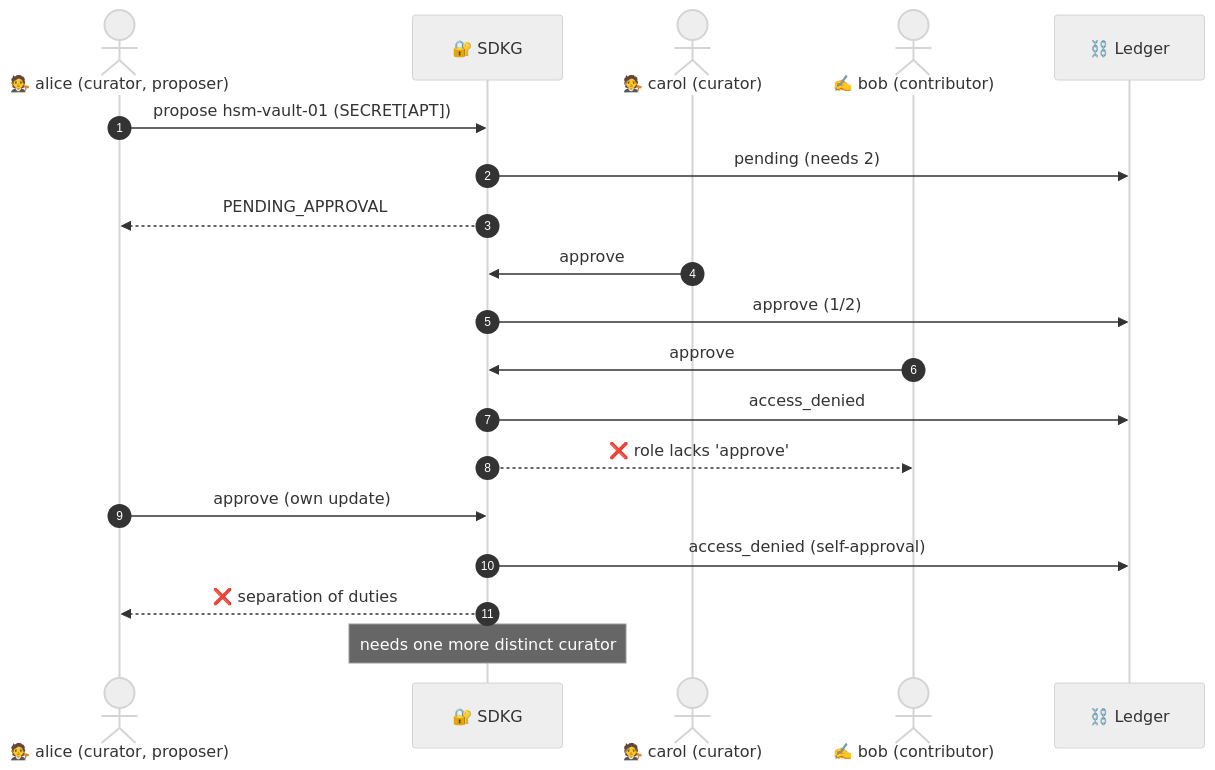
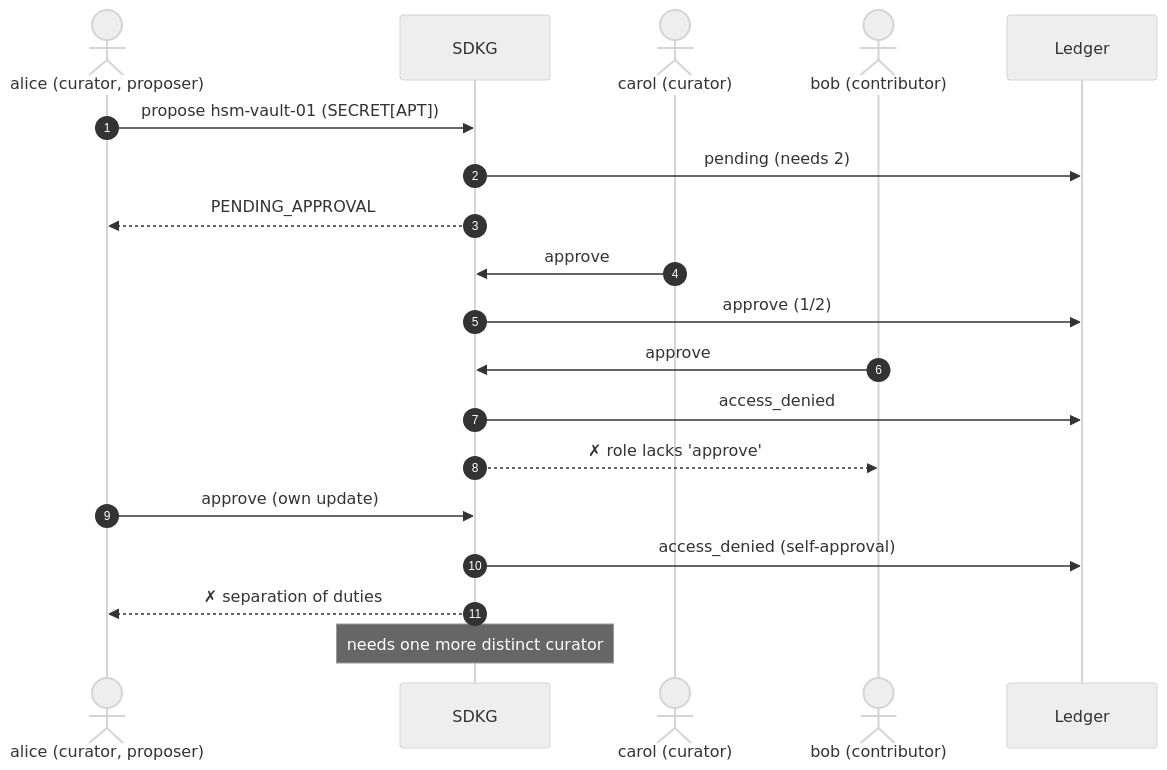
Before and after one commit to Prashasthi-18/Secure-Dynamic-Knowledge-Graph: the eighth of 14 diagrams in README.md, drawn with Mermaid (neutral theme). The commit also changed other lines of this file and 25 other files, not shown here.

````diff
--- a/README.md
+++ b/README.md
@@ -362,22 +396,22 @@
 ```mermaid
 sequenceDiagram
     autonumber
-    actor Alice as 🧑‍⚖️ alice (curator, proposer)
-    participant G as 🔐 SDKG
-    actor Carol as 🧑‍⚖️ carol (curator)
-    actor Bob as ✍️ bob (contributor)
-    participant L as ⛓️ Ledger
+    actor Alice as alice (curator, proposer)
+    participant G as SDKG
+    actor Carol as carol (curator)
+    actor Bob as bob (contributor)
+    participant L as Ledger
 
     Alice->>G: propose hsm-vault-01 (SECRET[APT])
     G->>L: pending (needs 2)
     G-->>Alice: PENDING_APPROVAL
     Carol->>G: approve
     G->>L: approve (1/2)
     Bob->>G: approve
     G->>L: access_denied
-    G-->>Bob: ❌ role lacks 'approve'
+    G-->>Bob: ✗ role lacks 'approve'
     Alice->>G: approve (own update)
     G->>L: access_denied (self-approval)
-    G-->>Alice: ❌ separation of duties
+    G-->>Alice: ✗ separation of duties
     Note over G: needs one more distinct curator
 ```
````
